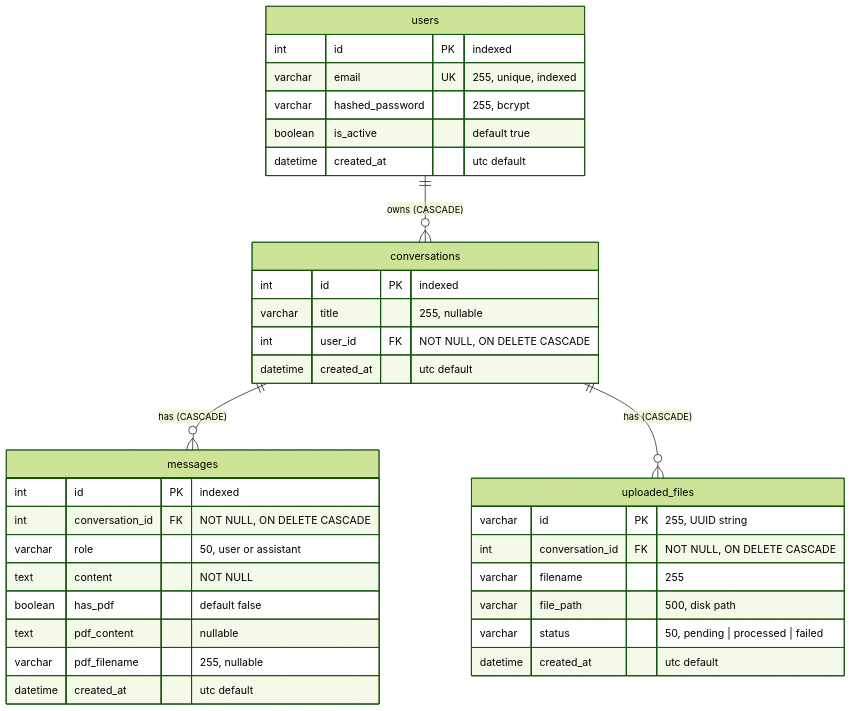
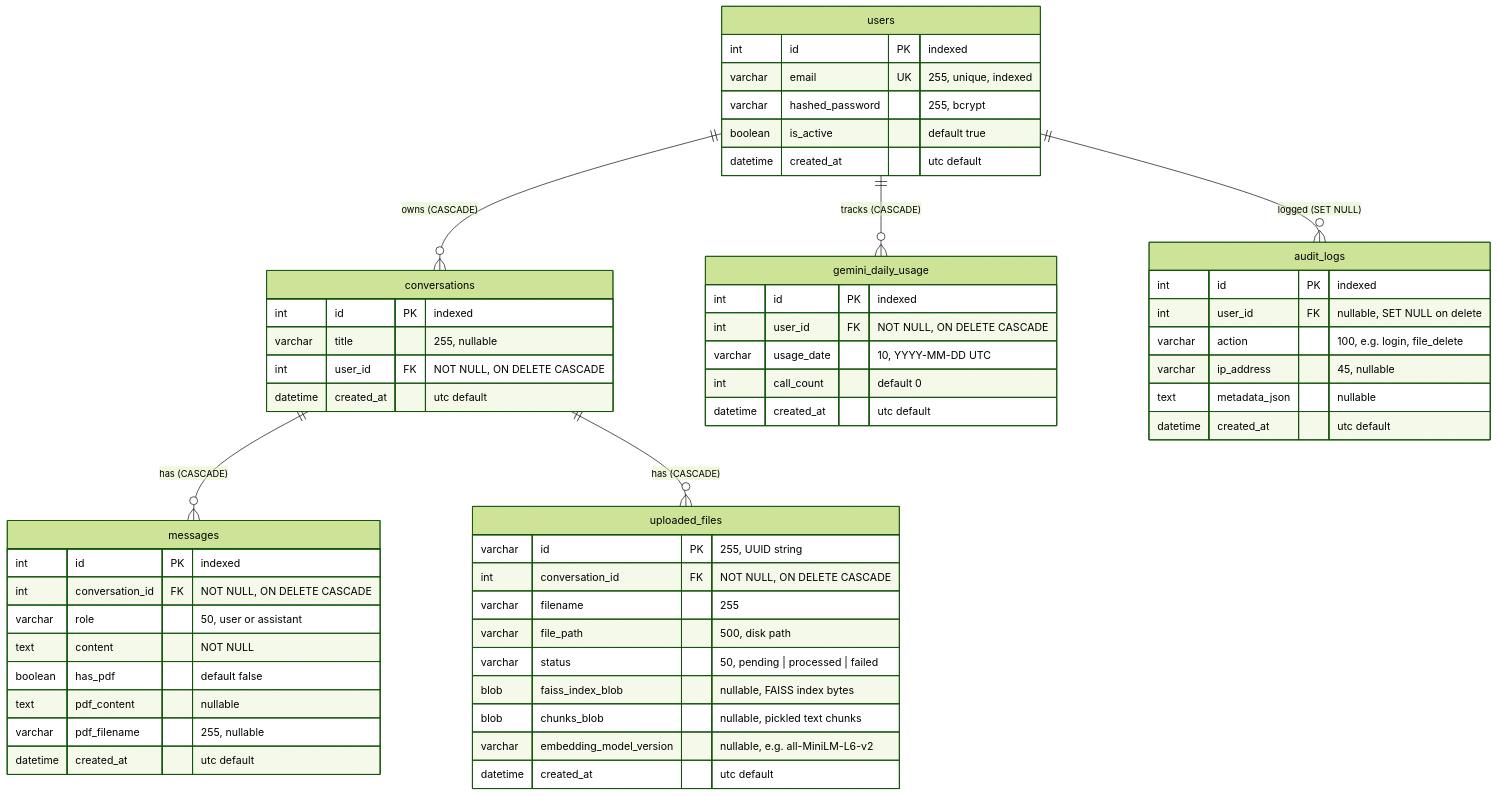
One commit to akshatha-22/chatbot-widget changed diagram 11 of 11 in docs/02_architecture_diagrams.md. Above: the diagram before and after it, drawn with Mermaid (forest theme). The commit also changed other lines of this file and 96 other files, not shown here.

````diff
--- a/docs/02_architecture_diagrams.md
+++ b/docs/02_architecture_diagrams.md
@@ -267,41 +267,63 @@
 ```mermaid
 erDiagram
     users ||--o{ conversations : "owns (CASCADE)"
+    users ||--o{ gemini_daily_usage : "tracks (CASCADE)"
+    users ||--o{ audit_logs : "logged (SET NULL)"
     conversations ||--o{ messages : "has (CASCADE)"
     conversations ||--o{ uploaded_files : "has (CASCADE)"
 
     users {
         int id PK "indexed"
         varchar email UK "255, unique, indexed"
         varchar hashed_password "255, bcrypt"
         boolean is_active "default true"
         datetime created_at "utc default"
     }
 
     conversations {
         int id PK "indexed"
         varchar title "255, nullable"
         int user_id FK "NOT NULL, ON DELETE CASCADE"
         datetime created_at "utc default"
     }
 
     messages {
         int id PK "indexed"
         int conversation_id FK "NOT NULL, ON DELETE CASCADE"
         varchar role "50, user or assistant"
         text content "NOT NULL"
         boolean has_pdf "default false"
         text pdf_content "nullable"
         varchar pdf_filename "255, nullable"
         datetime created_at "utc default"
     }
 
     uploaded_files {
         varchar id PK "255, UUID string"
         int conversation_id FK "NOT NULL, ON DELETE CASCADE"
         varchar filename "255"
         varchar file_path "500, disk path"
         varchar status "50, pending | processed | failed"
+        blob faiss_index_blob "nullable, FAISS index bytes"
+        blob chunks_blob "nullable, pickled text chunks"
+        varchar embedding_model_version "nullable, e.g. all-MiniLM-L6-v2"
+        datetime created_at "utc default"
+    }
+
+    audit_logs {
+        int id PK "indexed"
+        int user_id FK "nullable, SET NULL on delete"
+        varchar action "100, e.g. login, file_delete"
+        varchar ip_address "45, nullable"
+        text metadata_json "nullable"
+        datetime created_at "utc default"
+    }
+
+    gemini_daily_usage {
+        int id PK "indexed"
+        int user_id FK "NOT NULL, ON DELETE CASCADE"
+        varchar usage_date "10, YYYY-MM-DD UTC"
+        int call_count "default 0"
         datetime created_at "utc default"
     }
 ```
````
